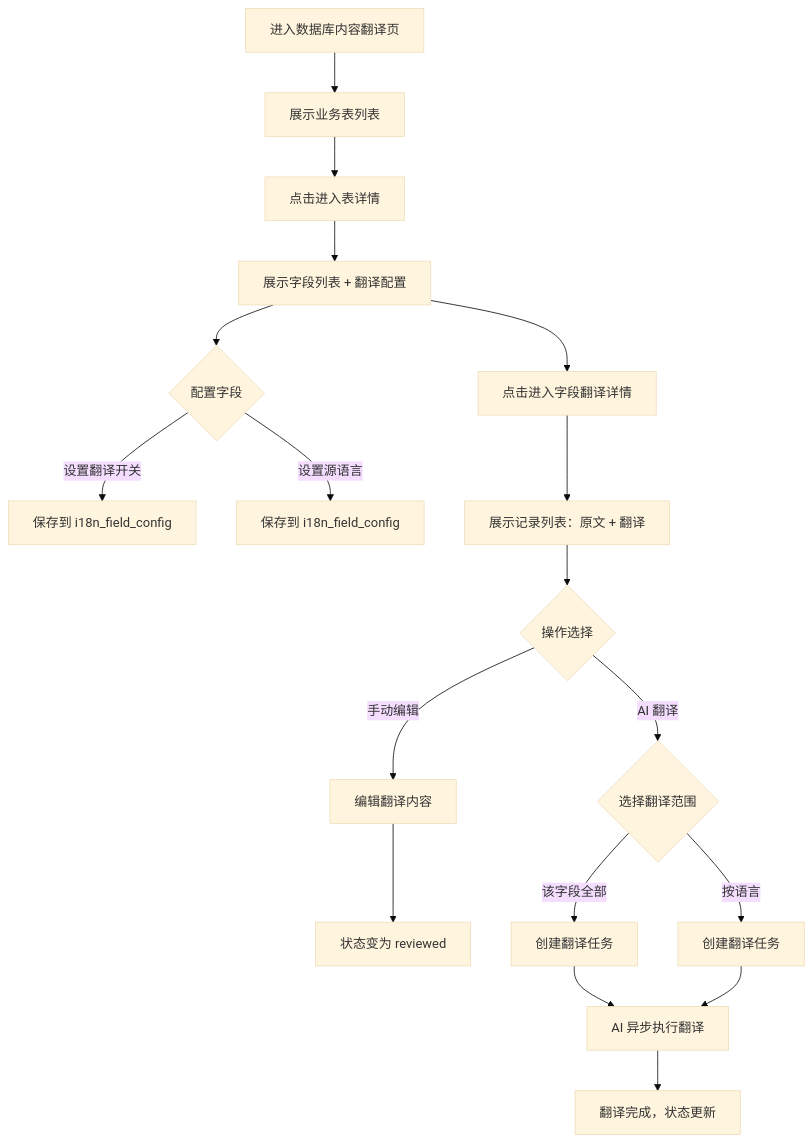
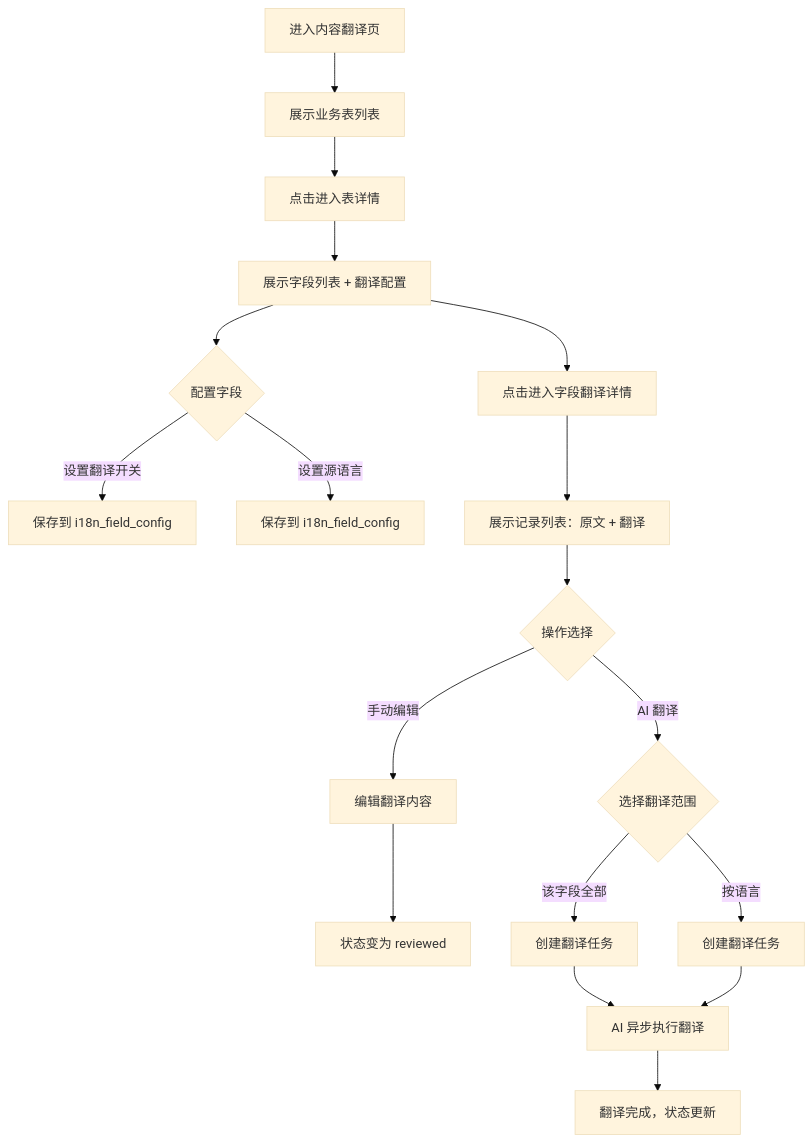
One commit to foryou2026/chinese changed the third of 6 diagrams in docs/C02-ia-interaction/admin/i18n/translation-hub/02-flows.md. Above: the diagram before and after it, drawn with Mermaid (base theme). The commit also changed other lines of this file and 26 other files, not shown here.

````diff
--- a/docs/C02-ia-interaction/admin/i18n/translation-hub/02-flows.md
+++ b/docs/C02-ia-interaction/admin/i18n/translation-hub/02-flows.md
@@ -41,19 +41,19 @@
 ```mermaid
 flowchart TD
-    A[进入数据库内容翻译页] --> B[展示业务表列表]
+    A[进入内容翻译页] --> B[展示业务表列表]
     B --> C[点击进入表详情]
     C --> D[展示字段列表 + 翻译配置]
     D --> E{配置字段}
     E -->|设置翻译开关| F[保存到 i18n_field_config]
     E -->|设置源语言| G[保存到 i18n_field_config]
     D --> H[点击进入字段翻译详情]
     H --> I[展示记录列表：原文 + 翻译]
     I --> J{操作选择}
     J -->|手动编辑| K[编辑翻译内容]
     K --> L[状态变为 reviewed]
     J -->|AI 翻译| M{选择翻译范围}
     M -->|该字段全部| N[创建翻译任务]
     M -->|按语言| O[创建翻译任务]
     N & O --> P[AI 异步执行翻译]
     P --> Q[翻译完成，状态更新]
 ```
````
